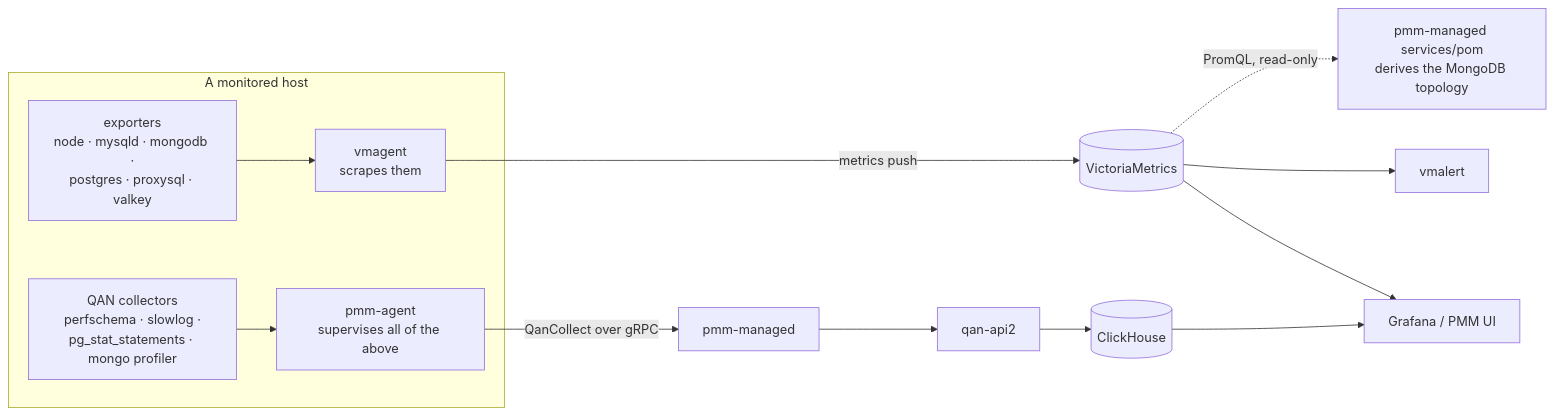
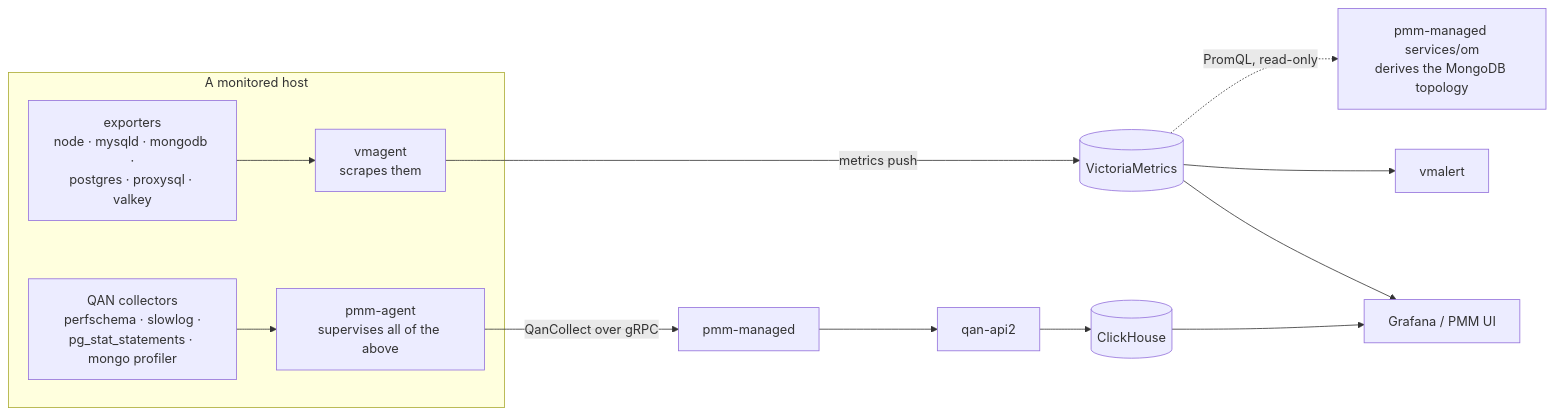
One commit to Percona-Lab/pom-workspace changed the fifth of 11 diagrams in docs/topology.md. Above: the diagram before and after it, drawn with Mermaid. The commit also changed other lines of this file and 11 other files, not shown here.

````diff
--- a/docs/topology.md
+++ b/docs/topology.md
@@ -398,19 +398,19 @@
 ```mermaid
 flowchart LR
     subgraph H["A monitored host"]
         EX["exporters<br/>node · mysqld · mongodb ·<br/>postgres · proxysql · valkey"]
         VMAG["vmagent<br/>scrapes them"]
         QA["QAN collectors<br/>perfschema · slowlog ·<br/>pg_stat_statements · mongo profiler"]
         PA["pmm-agent<br/>supervises all of the above"]
     end
 
     EX --> VMAG
     VMAG -->|"metrics push"| VM[("VictoriaMetrics")]
     QA --> PA
     PA -->|"QanCollect over gRPC"| MG["pmm-managed"]
     MG --> QAN["qan-api2"] --> CH[("ClickHouse")]
     VM --> GRAF["Grafana / PMM UI"]
     CH --> GRAF
     VM --> VMA["vmalert"]
-    VM -.->|"PromQL, read-only"| POM["pmm-managed services/pom<br/>derives the MongoDB topology"]
+    VM -.->|"PromQL, read-only"| OM["pmm-managed services/om<br/>derives the MongoDB topology"]
 ```
````
